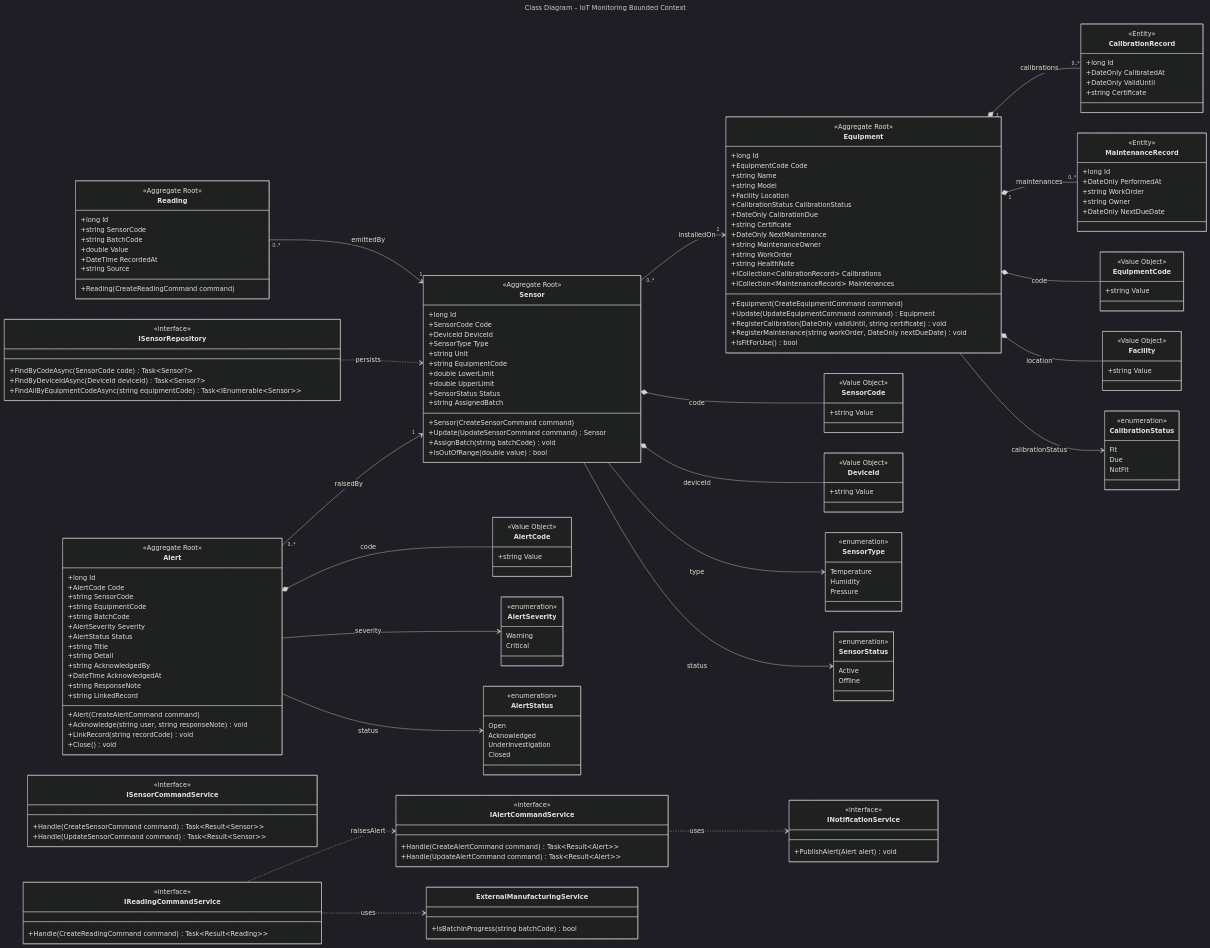
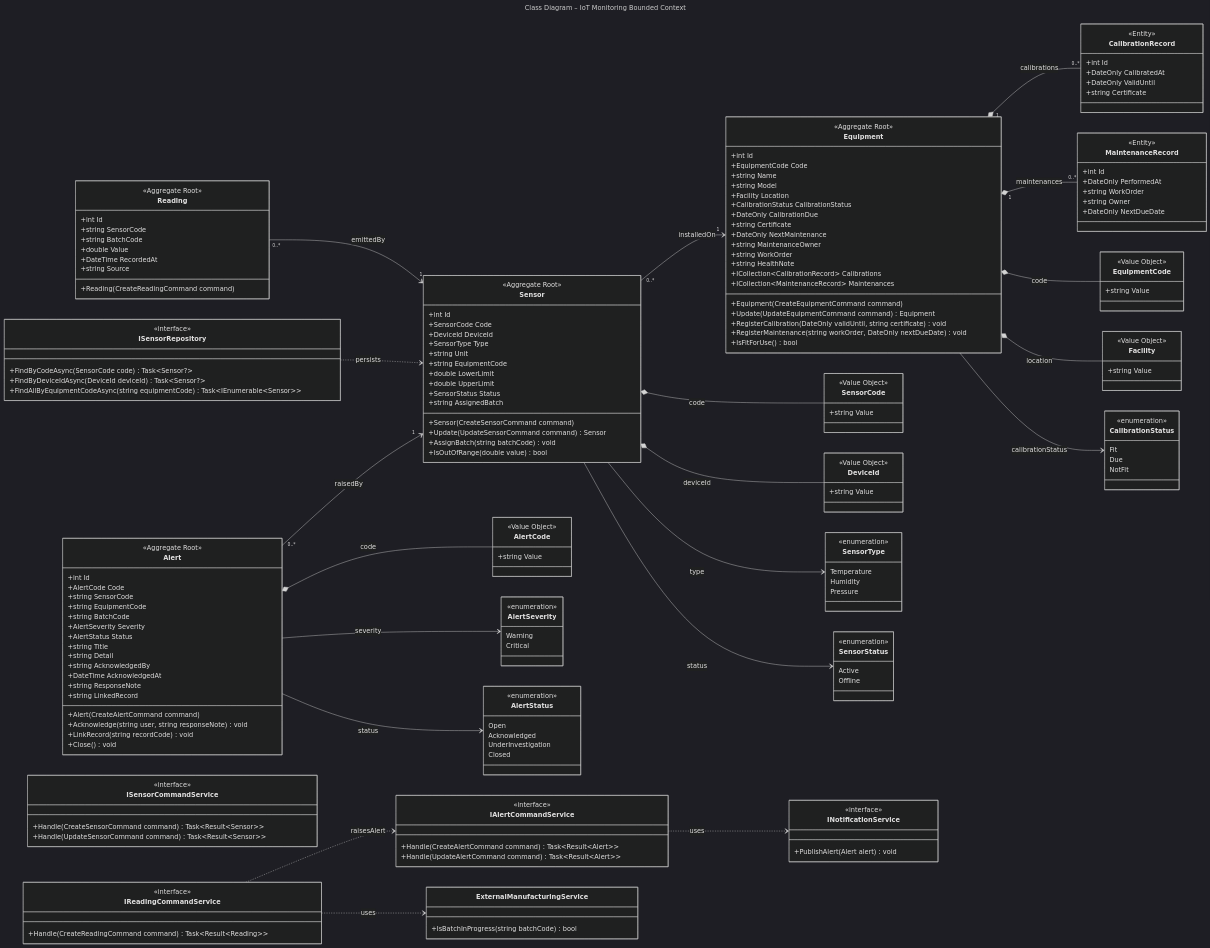
The diagram in assets/diagrams/mermaid/class-05-iot.mmd (IngesCompanyCC/doofplus-report), drawn with Mermaid (dark theme) before and after one commit. The commit also changed 24 other files, not shown here.

Commit message:
fix(diagrams): use int ids and add the manufacturing columns the backend already has

```diff
--- a/assets/diagrams/mermaid/class-05-iot.mmd
+++ b/assets/diagrams/mermaid/class-05-iot.mmd
@@ -1,184 +1,184 @@
 ---
 title: "Class Diagram – IoT Monitoring Bounded Context"
 ---
 classDiagram
   direction LR
   class Equipment {
     <<Aggregate Root>>
-    +long Id
+    +int Id
     +EquipmentCode Code
     +string Name
     +string Model
     +Facility Location
     +CalibrationStatus CalibrationStatus
     +DateOnly CalibrationDue
     +string Certificate
     +DateOnly NextMaintenance
     +string MaintenanceOwner
     +string WorkOrder
     +string HealthNote
     +ICollection~CalibrationRecord~ Calibrations
     +ICollection~MaintenanceRecord~ Maintenances
     +Equipment(CreateEquipmentCommand command)
     +Update(UpdateEquipmentCommand command) Equipment
     +RegisterCalibration(DateOnly validUntil, string certificate) void
     +RegisterMaintenance(string workOrder, DateOnly nextDueDate) void
     +IsFitForUse() bool
   }
   class CalibrationRecord {
     <<Entity>>
-    +long Id
+    +int Id
     +DateOnly CalibratedAt
     +DateOnly ValidUntil
     +string Certificate
   }
   class MaintenanceRecord {
     <<Entity>>
-    +long Id
+    +int Id
     +DateOnly PerformedAt
     +string WorkOrder
     +string Owner
     +DateOnly NextDueDate
   }
   class Sensor {
     <<Aggregate Root>>
-    +long Id
+    +int Id
     +SensorCode Code
     +DeviceId DeviceId
     +SensorType Type
     +string Unit
     +string EquipmentCode
     +double LowerLimit
     +double UpperLimit
     +SensorStatus Status
     +string AssignedBatch
     +Sensor(CreateSensorCommand command)
     +Update(UpdateSensorCommand command) Sensor
     +AssignBatch(string batchCode) void
     +IsOutOfRange(double value) bool
   }
   class Reading {
     <<Aggregate Root>>
-    +long Id
+    +int Id
     +string SensorCode
     +string BatchCode
     +double Value
     +DateTime RecordedAt
     +string Source
     +Reading(CreateReadingCommand command)
   }
   class Alert {
     <<Aggregate Root>>
-    +long Id
+    +int Id
     +AlertCode Code
     +string SensorCode
     +string EquipmentCode
     +string BatchCode
     +AlertSeverity Severity
     +AlertStatus Status
     +string Title
     +string Detail
     +string AcknowledgedBy
     +DateTime AcknowledgedAt
     +string ResponseNote
     +string LinkedRecord
     +Alert(CreateAlertCommand command)
     +Acknowledge(string user, string responseNote) void
     +LinkRecord(string recordCode) void
     +Close() void
   }
   class EquipmentCode {
     <<Value Object>>
     +string Value
   }
   class SensorCode {
     <<Value Object>>
     +string Value
   }
   class DeviceId {
     <<Value Object>>
     +string Value
   }
   class AlertCode {
     <<Value Object>>
     +string Value
   }
   class Facility {
     <<Value Object>>
     +string Value
   }
   class CalibrationStatus {
     <<enumeration>>
     Fit
     Due
     NotFit
   }
   class SensorType {
     <<enumeration>>
     Temperature
     Humidity
     Pressure
   }
   class SensorStatus {
     <<enumeration>>
     Active
     Offline
   }
   class AlertSeverity {
     <<enumeration>>
     Warning
     Critical
   }
   class AlertStatus {
     <<enumeration>>
     Open
     Acknowledged
     UnderInvestigation
     Closed
   }
   class IReadingCommandService {
     <<interface>>
     +Handle(CreateReadingCommand command) Task~Result~Reading~~
   }
   class ISensorCommandService {
     <<interface>>
     +Handle(CreateSensorCommand command) Task~Result~Sensor~~
     +Handle(UpdateSensorCommand command) Task~Result~Sensor~~
   }
   class IAlertCommandService {
     <<interface>>
     +Handle(CreateAlertCommand command) Task~Result~Alert~~
     +Handle(UpdateAlertCommand command) Task~Result~Alert~~
   }
   class ISensorRepository {
     <<interface>>
     +FindByCodeAsync(SensorCode code) Task~Sensor?~
     +FindByDeviceIdAsync(DeviceId deviceId) Task~Sensor?~
     +FindAllByEquipmentCodeAsync(string equipmentCode) Task~IEnumerable~Sensor~~
   }
   class ExternalManufacturingService {
     +IsBatchInProgress(string batchCode) bool
   }
   class INotificationService {
     <<interface>>
     +PublishAlert(Alert alert) void
   }
   Equipment "1" *-- "0..*" CalibrationRecord : calibrations
   Equipment "1" *-- "0..*" MaintenanceRecord : maintenances
   Equipment *-- EquipmentCode : code
   Equipment *-- Facility : location
   Equipment --> CalibrationStatus : calibrationStatus
   Sensor "0..*" --> "1" Equipment : installedOn
   Sensor *-- SensorCode : code
   Sensor *-- DeviceId : deviceId
   Sensor --> SensorType : type
   Sensor --> SensorStatus : status
   Reading "0..*" --> "1" Sensor : emittedBy
   Alert "0..*" --> "1" Sensor : raisedBy
   Alert *-- AlertCode : code
   Alert --> AlertSeverity : severity
   Alert --> AlertStatus : status
   IReadingCommandService ..> IAlertCommandService : raisesAlert
   IReadingCommandService ..> ExternalManufacturingService : uses
   IAlertCommandService ..> INotificationService : uses
   ISensorRepository ..> Sensor : persists
```
